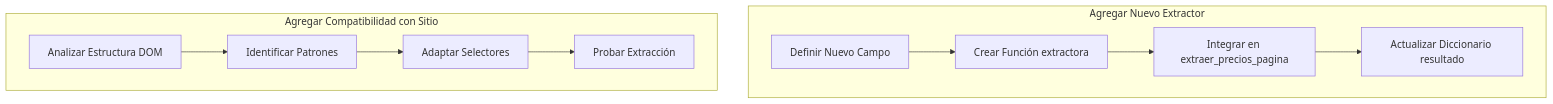
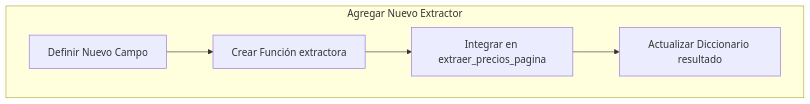
One commit to JuanJLH/documentaciones changed the ninth of 11 diagrams in P-SCRAPER-URBANIA.md. Above: the diagram before and after it, drawn with Mermaid.

````diff
--- a/P-SCRAPER-URBANIA.md
+++ b/P-SCRAPER-URBANIA.md
@@ -333,14 +333,8 @@
 ```mermaid
 graph TB
     subgraph "Agregar Nuevo Extractor"
         definir[Definir Nuevo Campo] --> implementar[Crear Función extractora]
         implementar --> integrar[Integrar en extraer_precios_pagina]
         integrar --> modificar[Actualizar Diccionario resultado]
     end
-    
-    subgraph "Agregar Compatibilidad con Sitio"
-        analizar[Analizar Estructura DOM] --> identificar[Identificar Patrones]
-        identificar --> adaptar[Adaptar Selectores]
-        adaptar --> probar[Probar Extracción]
-    end
 ```
````
